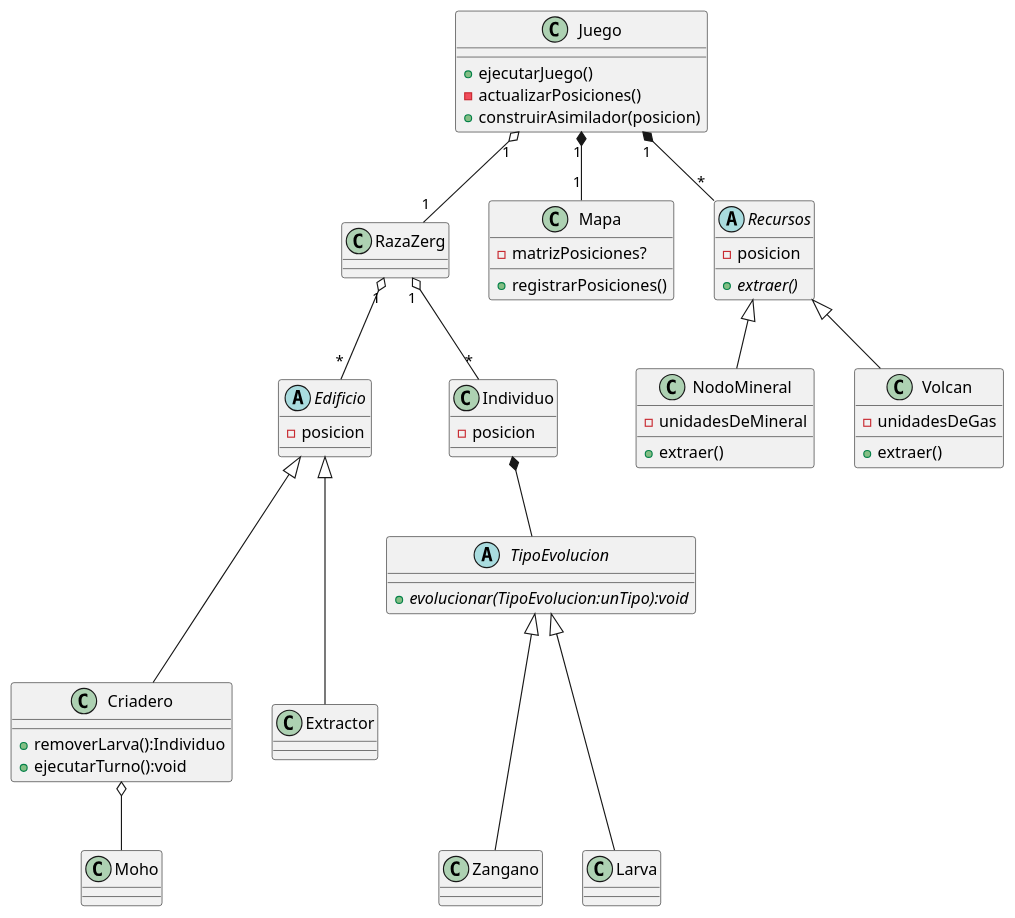
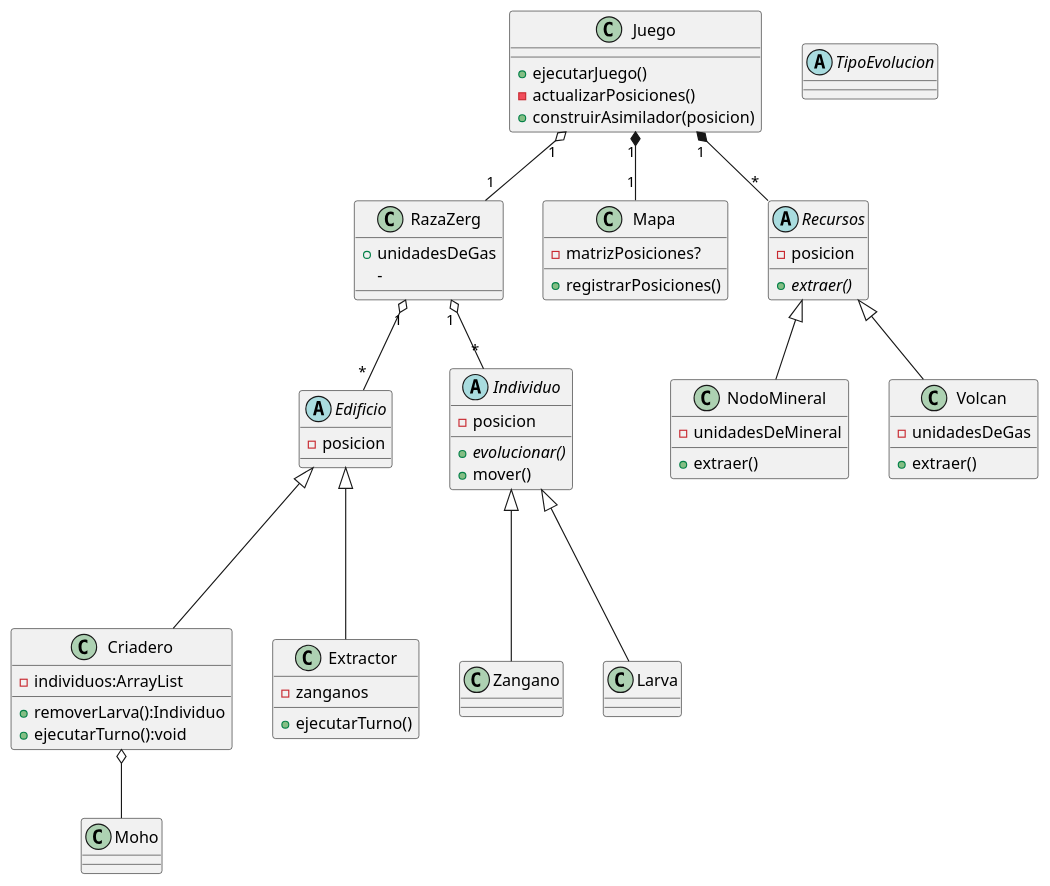
One commit to nicolasgirardi/algo3_TP2_AlgoStar changed the diagram in diagrams/classes/clases.puml. Above: the diagram before and after it, drawn with PlantUML. The commit also changed 5 other files, not shown here.

```diff
--- a/diagrams/classes/clases.puml
+++ b/diagrams/classes/clases.puml
@@ -1,76 +1,79 @@
 @startuml
 
-abstract class TipoEvolucion{
-    + {abstract} evolucionar(TipoEvolucion:unTipo):void
-}
+
 
 class Juego {
     +ejecutarJuego()
     -actualizarPosiciones()
     +construirAsimilador(posicion)
 }
 
 class Zangano{
 
 }
 class Larva{
 
 }
 class RazaZerg{
-
+    +unidadesDeGas
+    -
 }
 class Criadero{
+    -individuos:ArrayList
     +removerLarva():Individuo
     +ejecutarTurno():void
 }
 
 abstract class TipoEvolucion{
 
 }
 
 abstract class Edificio{
     -posicion
 }
+
 class Extractor{
-
+    -zanganos
+    +ejecutarTurno()
 }
 
-class Individuo {
+abstract class Individuo {
     -posicion
+    {abstract} +evolucionar()
+    +mover()
 }
 
 class Mapa {
     -matrizPosiciones?
     +registrarPosiciones()
 }
 
 abstract class Recursos {
     -posicion
     {abstract} +extraer()
 }
 
 class NodoMineral {
     -unidadesDeMineral
     +extraer()
 }
 
 class Volcan{
     -unidadesDeGas
     +extraer()
 }
 
-Individuo *-- TipoEvolucion
-Zangano  -up--|> TipoEvolucion
-Larva    -up--|> TipoEvolucion
+Zangano  -up--|> Individuo
+Larva    -up--|> Individuo
 RazaZerg "1"  o-- "*" Edificio
 RazaZerg "1"  o-- "*" Individuo
 Criadero -up--|> Edificio
 Extractor -up--|> Edificio
 Juego "1"  o-- "1" RazaZerg
 Juego "1"  *-- "1" Mapa
 Juego "1"  *-- "*" Recursos
 Recursos <|-- Volcan
 Recursos <|-- NodoMineral
 Criadero o-- Moho
 
 @enduml
```
